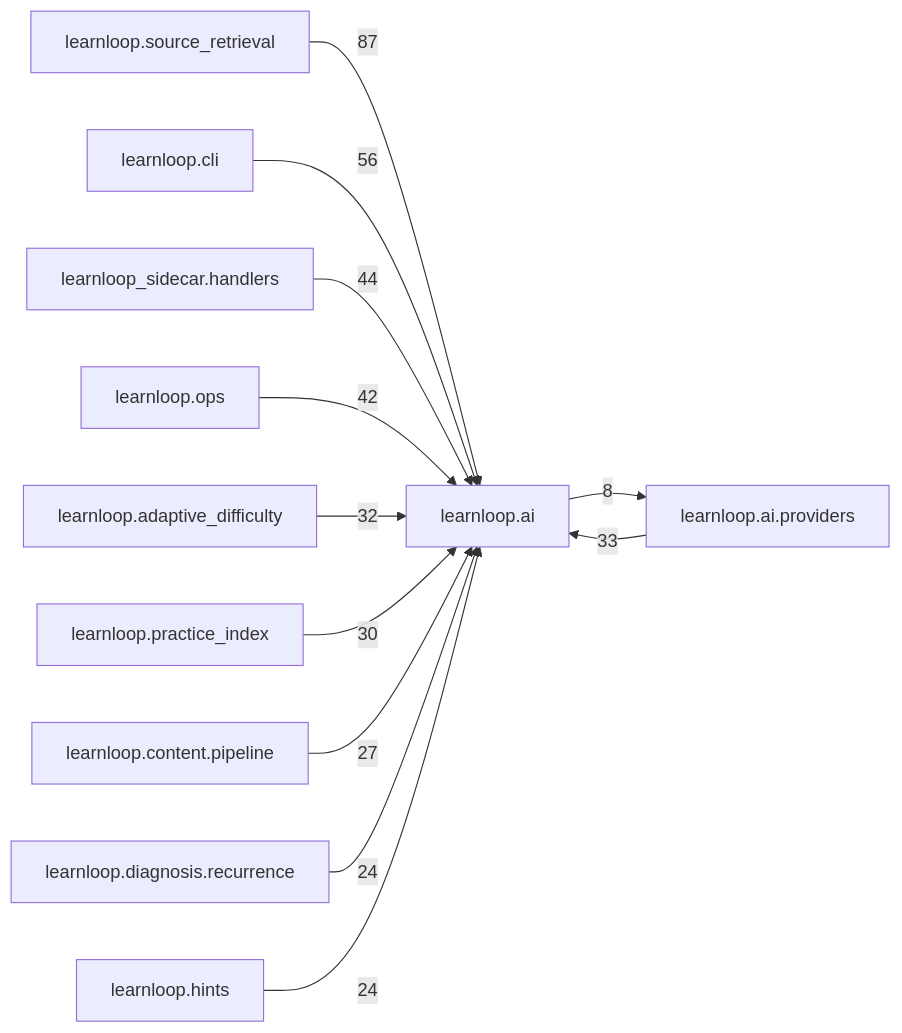
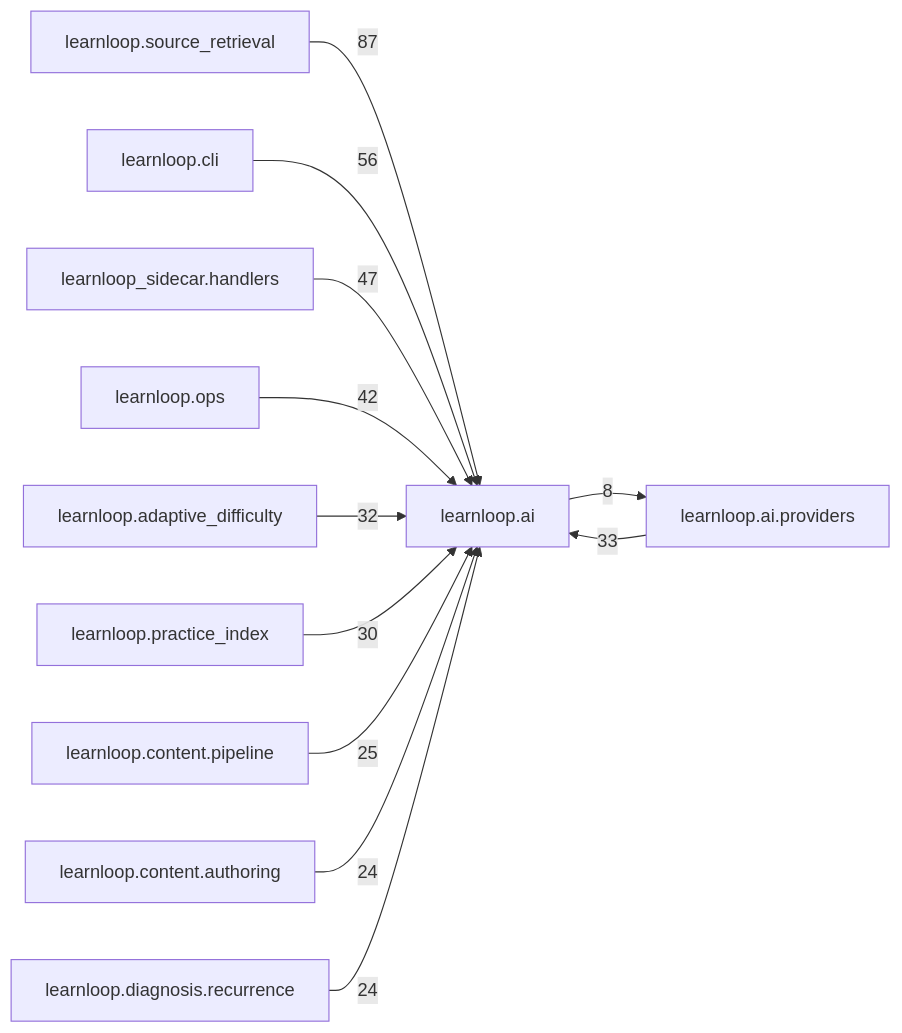
The diagram in docs/learnloop-architecture-vault/Reference/Modules/learnloop/ai/_package.md (6up-b/learnanything), drawn with Mermaid before and after one commit. The commit also changed other lines of this file and 315 other files, not shown here.

````diff
--- a/docs/learnloop-architecture-vault/Reference/Modules/learnloop/ai/_package.md
+++ b/docs/learnloop-architecture-vault/Reference/Modules/learnloop/ai/_package.md
@@ -165,25 +166,25 @@
 ```mermaid
 flowchart LR
     center["learnloop.ai"]
     n_learnloop_source_retrieval["learnloop.source_retrieval"]
     n_learnloop_cli["learnloop.cli"]
     n_learnloop_sidecar_handlers["learnloop_sidecar.handlers"]
     n_learnloop_ops["learnloop.ops"]
     n_learnloop_ai_providers["learnloop.ai.providers"]
     n_learnloop_adaptive_difficulty["learnloop.adaptive_difficulty"]
     n_learnloop_practice_index["learnloop.practice_index"]
     n_learnloop_content_pipeline["learnloop.content.pipeline"]
+    n_learnloop_content_authoring["learnloop.content.authoring"]
     n_learnloop_diagnosis_recurrence["learnloop.diagnosis.recurrence"]
-    n_learnloop_hints["learnloop.hints"]
     n_learnloop_source_retrieval -->|87| center
     n_learnloop_cli -->|56| center
-    n_learnloop_sidecar_handlers -->|44| center
+    n_learnloop_sidecar_handlers -->|47| center
     n_learnloop_ops -->|42| center
     n_learnloop_ai_providers -->|33| center
     center -->|8| n_learnloop_ai_providers
     n_learnloop_adaptive_difficulty -->|32| center
     n_learnloop_practice_index -->|30| center
-    n_learnloop_content_pipeline -->|27| center
+    n_learnloop_content_pipeline -->|25| center
+    n_learnloop_content_authoring -->|24| center
     n_learnloop_diagnosis_recurrence -->|24| center
-    n_learnloop_hints -->|24| center
 ```
````
